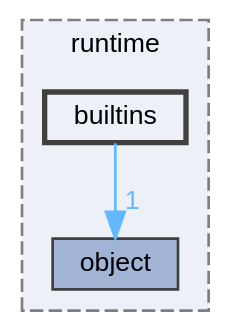
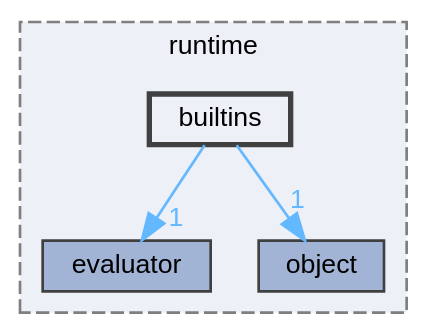
Before and after one commit to kejunp/kejunp.github.io: the diagram in pebbl/docs/dir_0c3dcd0ce7c49a87e7aa12e7eefa6b9f_dep.dot, drawn with Graphviz. The commit also changed 49 other files, not shown here.

```diff
--- a/pebbl/docs/dir_0c3dcd0ce7c49a87e7aa12e7eefa6b9f_dep.dot
+++ b/pebbl/docs/dir_0c3dcd0ce7c49a87e7aa12e7eefa6b9f_dep.dot
@@ -1,14 +1,16 @@
 digraph "src/runtime/builtins"
 {
  // LATEX_PDF_SIZE
   bgcolor="transparent";
   edge [fontname=Helvetica,fontsize=10,labelfontname=Helvetica,labelfontsize=10];
   node [fontname=Helvetica,fontsize=10,shape=box,height=0.2,width=0.4];
   compound=true
   subgraph clusterdir_bf9f26469d00835ba20ff8d80ee5a804 {
     graph [ bgcolor="#edf0f7", pencolor="grey50", label="runtime", fontname=Helvetica,fontsize=10 style="filled,dashed", URL="dir_bf9f26469d00835ba20ff8d80ee5a804.html",tooltip=""]
+  dir_41d65f3f775614b66ca7d3f2594b2a84 [label="evaluator", fillcolor="#a2b4d6", color="grey25", style="filled", URL="dir_41d65f3f775614b66ca7d3f2594b2a84.html",tooltip=""];
   dir_7b3ca0f1a5442f5bcf8fa402d7489a6e [label="object", fillcolor="#a2b4d6", color="grey25", style="filled", URL="dir_7b3ca0f1a5442f5bcf8fa402d7489a6e.html",tooltip=""];
   dir_0c3dcd0ce7c49a87e7aa12e7eefa6b9f [label="builtins", fillcolor="#edf0f7", color="grey25", style="filled,bold", URL="dir_0c3dcd0ce7c49a87e7aa12e7eefa6b9f.html",tooltip=""];
   }
+  dir_0c3dcd0ce7c49a87e7aa12e7eefa6b9f->dir_41d65f3f775614b66ca7d3f2594b2a84 [headlabel="1", labeldistance=1.5 headhref="dir_000001_000003.html" href="dir_000001_000003.html" color="steelblue1" fontcolor="steelblue1"];
   dir_0c3dcd0ce7c49a87e7aa12e7eefa6b9f->dir_7b3ca0f1a5442f5bcf8fa402d7489a6e [headlabel="1", labeldistance=1.5 headhref="dir_000001_000005.html" href="dir_000001_000005.html" color="steelblue1" fontcolor="steelblue1"];
 }
```
